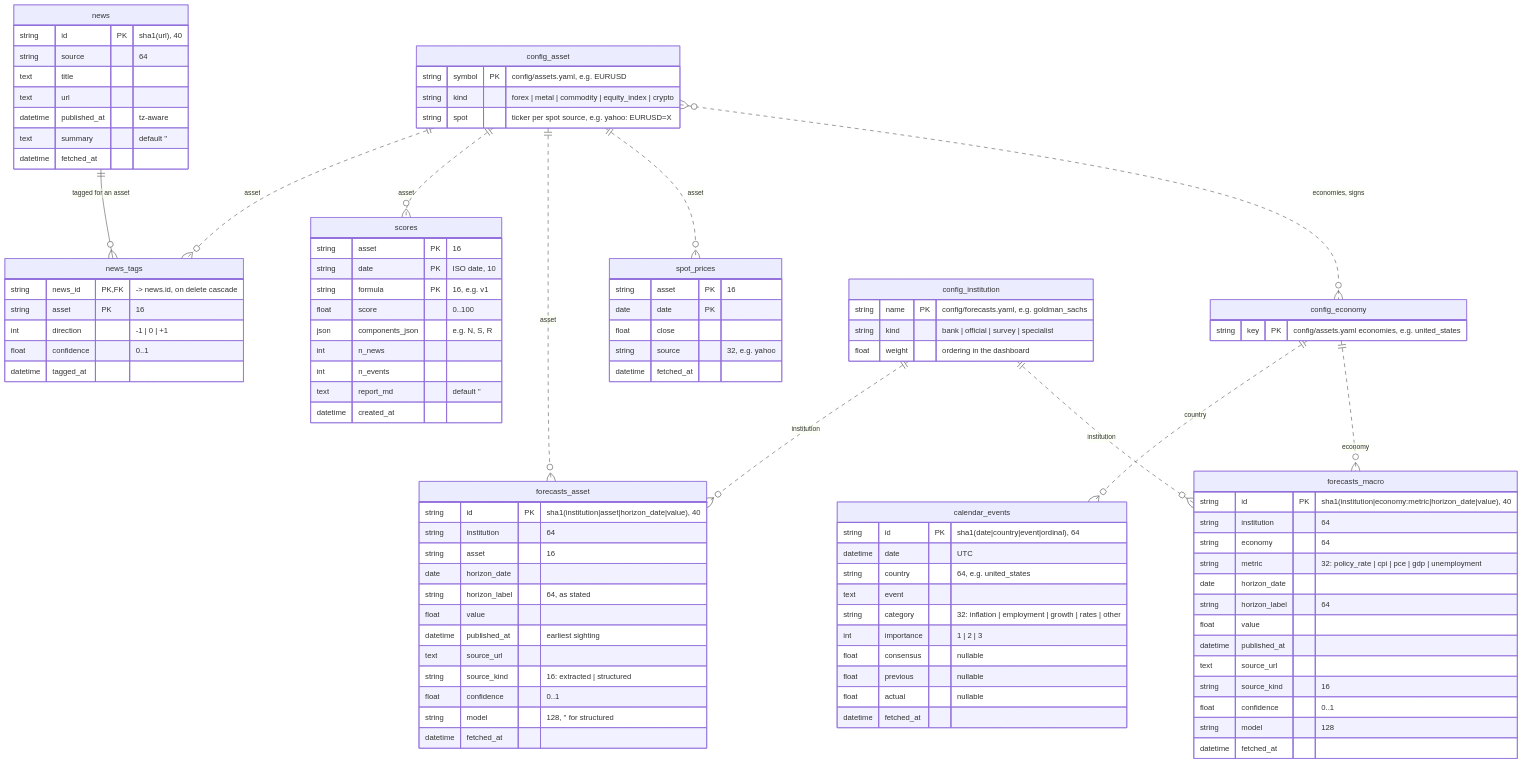
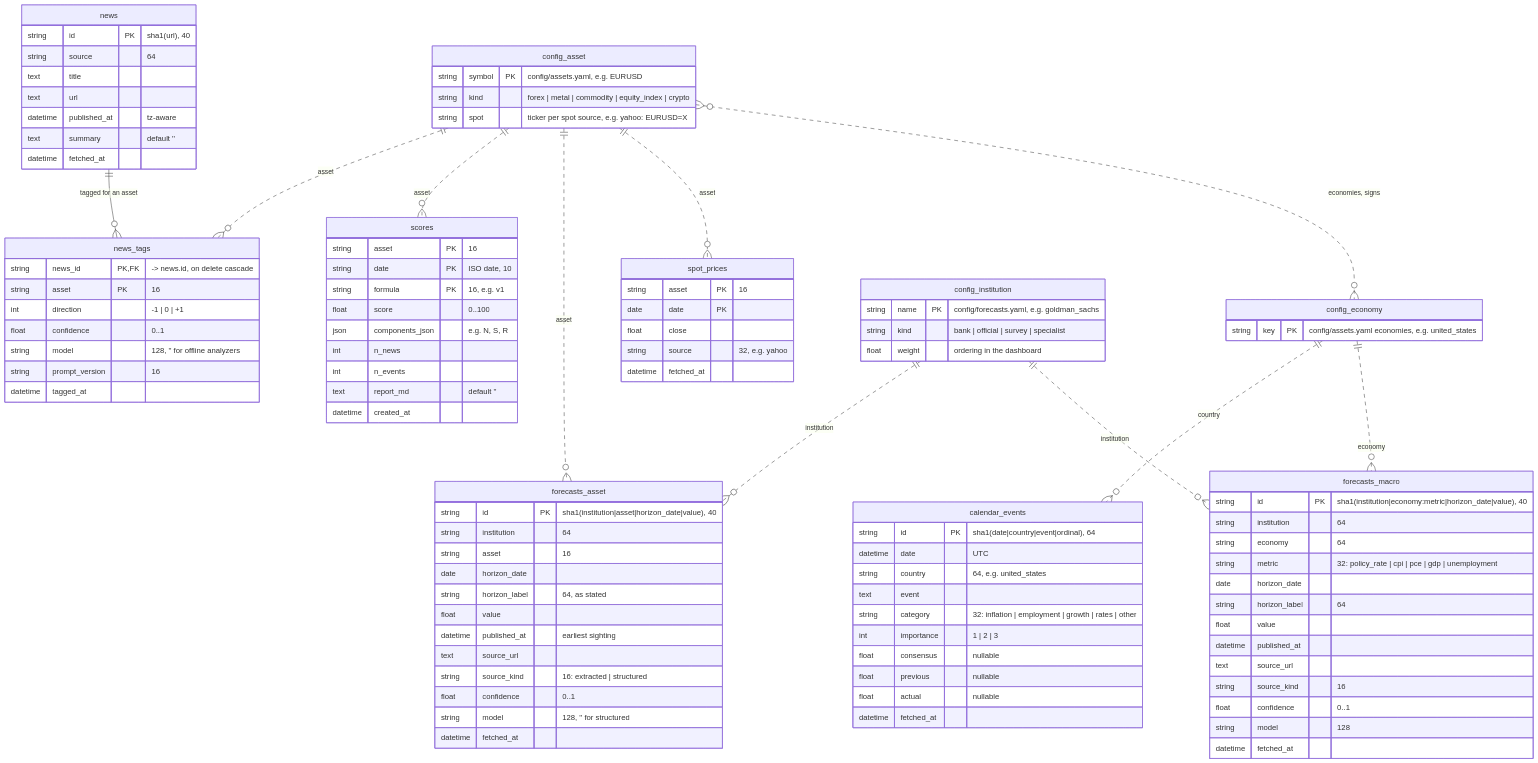
One commit to sbOogway/manc changed the diagram in docs/er-schema.md. Above: the diagram before and after it, drawn with Mermaid. The commit also changed 6 other files, not shown here.

First line of the commit message:
store, models: tags record model and prompt version

```diff
--- a/docs/er-schema.md
+++ b/docs/er-schema.md
@@ -25,6 +25,8 @@
         string asset PK "16"
         int direction "-1 | 0 | +1"
         float confidence "0..1"
+        string model "128, '' for offline analyzers"
+        string prompt_version "16"
         datetime tagged_at
     }
 
```
